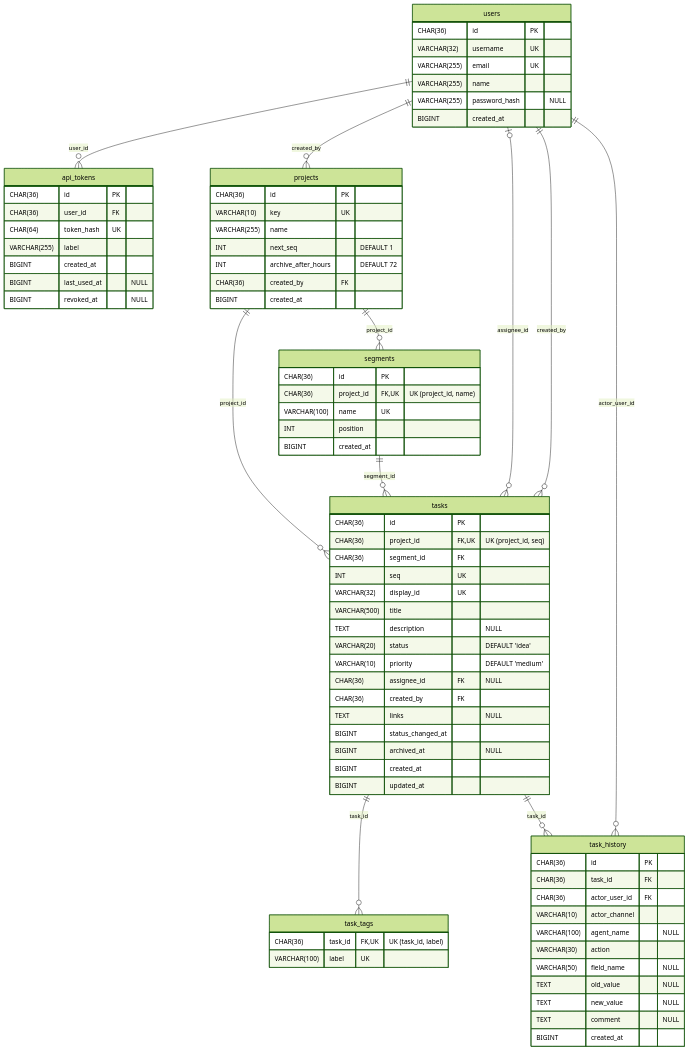
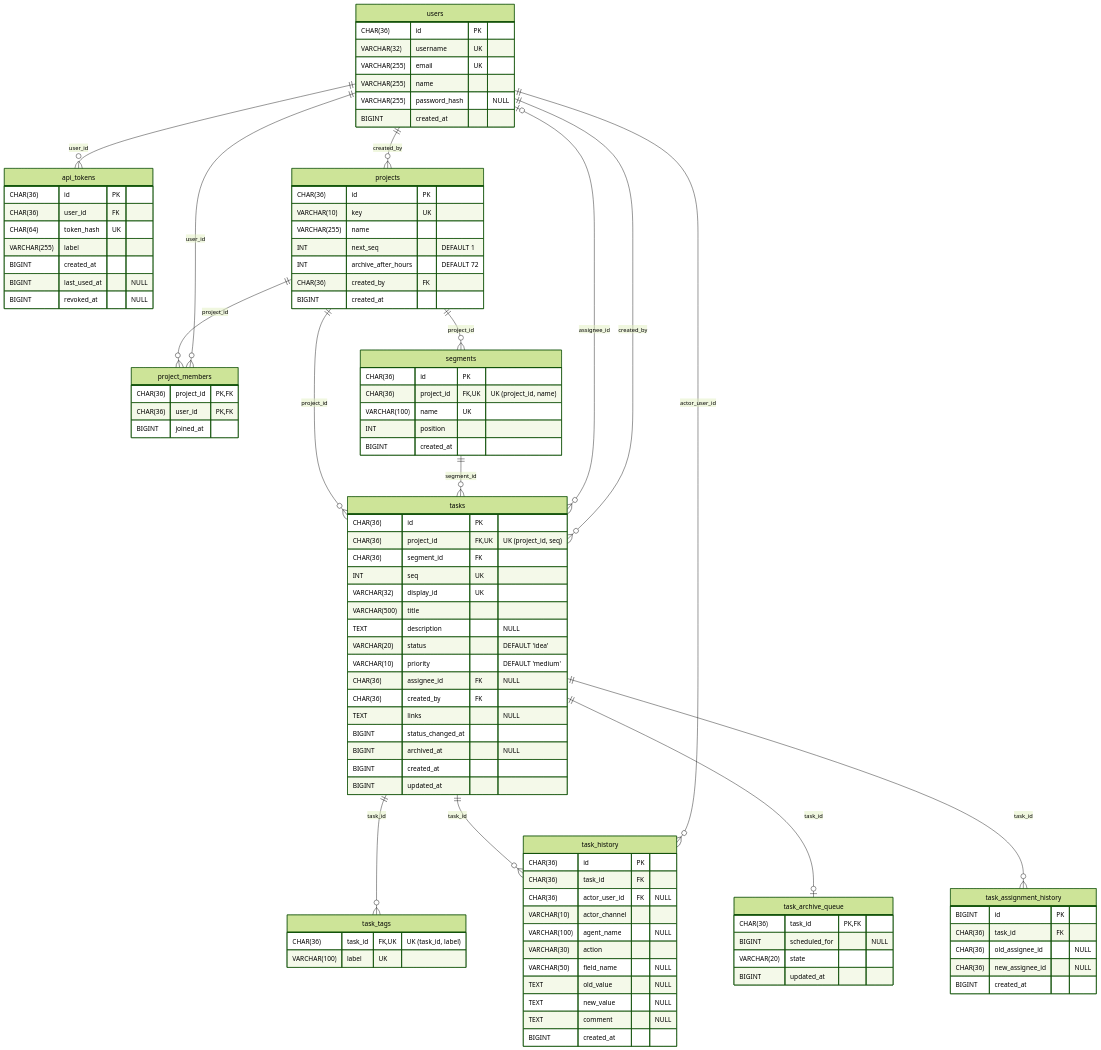
The second of 2 diagrams in docs/database.md (cielPh4nt0m/PBL-kelompok-4.-DoTo-), drawn with Mermaid (forest theme) before and after one commit. The commit also changed other lines of this file and 26 other files, not shown here.

````diff
--- a/docs/database.md
+++ b/docs/database.md
@@ -121,6 +147,8 @@
 erDiagram
     users ||--o{ api_tokens : "user_id"
     users ||--o{ projects : "created_by"
+    projects ||--o{ project_members : "project_id"
+    users ||--o{ project_members : "user_id"
     projects ||--o{ segments : "project_id"
     projects ||--o{ tasks : "project_id"
     segments ||--o{ tasks : "segment_id"
@@ -129,6 +157,8 @@
     tasks ||--o{ task_tags : "task_id"
     tasks ||--o{ task_history : "task_id"
     users ||--o{ task_history : "actor_user_id"
+    tasks ||--o| task_archive_queue : "task_id"
+    tasks ||--o{ task_assignment_history : "task_id"
 
     users {
         CHAR(36) id PK
@@ -188,7 +218,7 @@
     task_history {
         CHAR(36) id PK
         CHAR(36) task_id FK
-        CHAR(36) actor_user_id FK
+        CHAR(36) actor_user_id FK "NULL"
         VARCHAR(10) actor_channel
         VARCHAR(100) agent_name "NULL"
         VARCHAR(30) action
@@ -198,4 +228,22 @@
         TEXT comment "NULL"
         BIGINT created_at
     }
+    project_members {
+        CHAR(36) project_id PK, FK
+        CHAR(36) user_id PK, FK
+        BIGINT joined_at
+    }
+    task_archive_queue {
+        CHAR(36) task_id PK, FK
+        BIGINT scheduled_for "NULL"
+        VARCHAR(20) state
+        BIGINT updated_at
+    }
+    task_assignment_history {
+        BIGINT id PK
+        CHAR(36) task_id FK
+        CHAR(36) old_assignee_id "NULL"
+        CHAR(36) new_assignee_id "NULL"
+        BIGINT created_at
+    }
 ```
````
